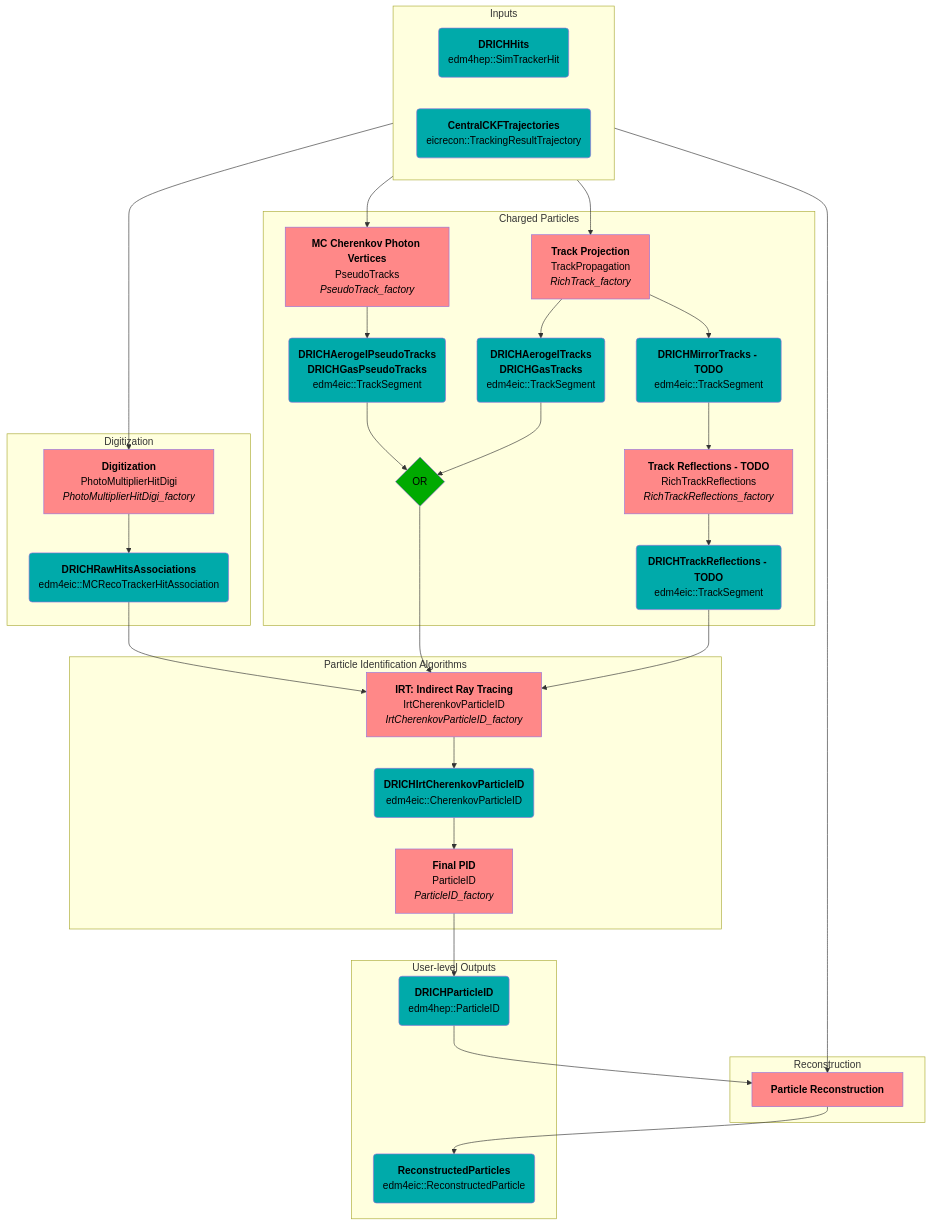
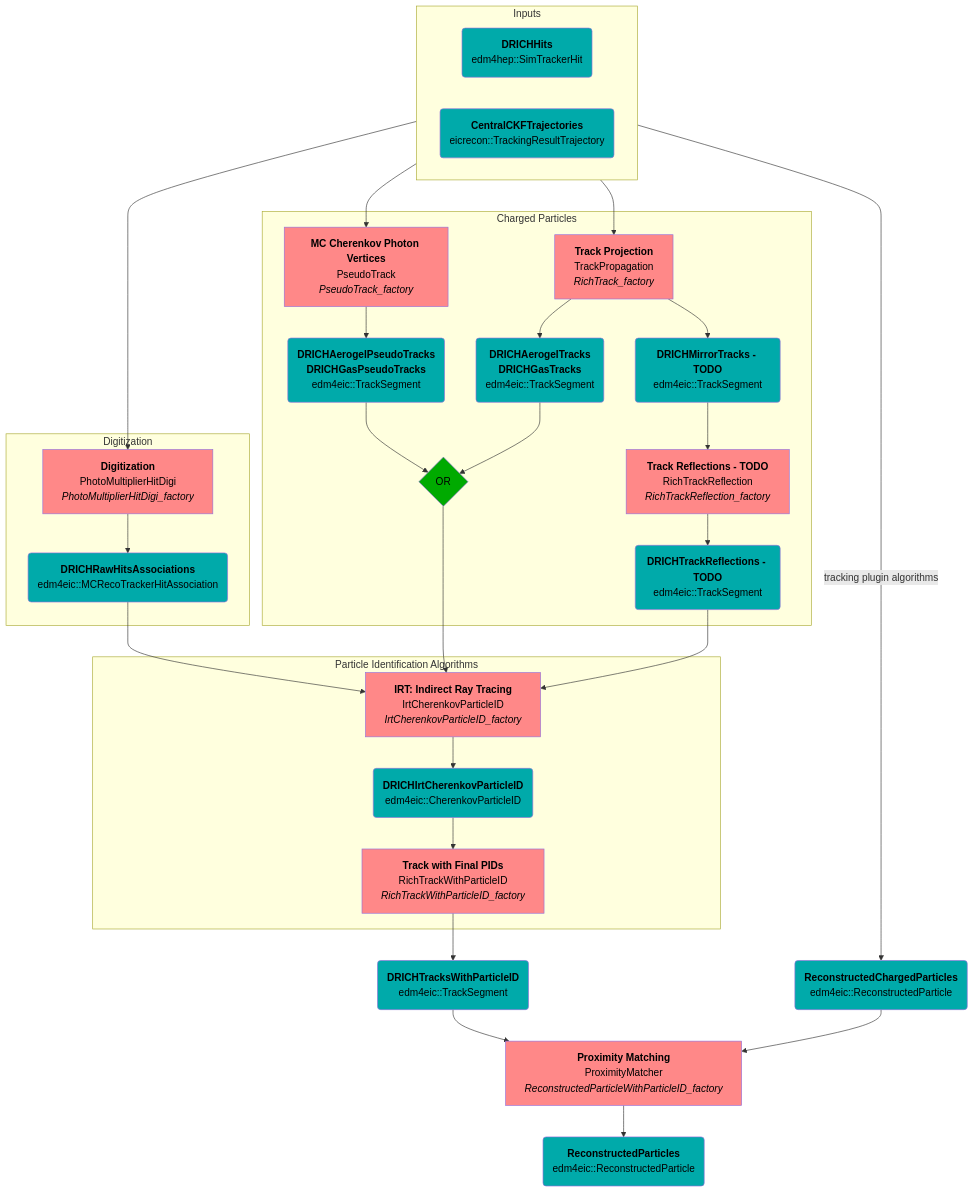
One commit to eic/EICrecon changed the second of 5 diagrams in src/detectors/DRICH/README.md. Above: the diagram before and after it, drawn with Mermaid. The commit also changed other lines of this file, not shown here.

Commit message:
doc: add `ReconstructedParticle` linking

````diff
--- a/src/detectors/DRICH/README.md
+++ b/src/detectors/DRICH/README.md
@@ -15,82 +15,79 @@
 ```mermaid
 flowchart TB
   classDef alg fill:#ff8888,color:black
   classDef col fill:#00aaaa,color:black
   classDef op fill:#00aa00,color:black
 
   %%-----------------
   %% Nodes
   %%-----------------
 
   subgraph Inputs
     direction LR
     SimHits(<strong>DRICHHits</strong><br/>edm4hep::SimTrackerHit):::col
     Trajectories(<strong>CentralCKFTrajectories</strong><br/>eicrecon::TrackingResultTrajectory):::col
   end
 
-  subgraph Reconstruction
-    ParticleAlg[<strong>Particle Reconstruction</strong>]:::alg
-  end
-
   subgraph Digitization
     DigiAlg[<strong>Digitization</strong><br/>PhotoMultiplierHitDigi<br><i>PhotoMultiplierHitDigi_factory</i>]:::alg
     RawHits(<strong>DRICHRawHitsAssociations</strong><br/>edm4eic::MCRecoTrackerHitAssociation):::col
   end
 
   subgraph Charged Particles
-    PseudoTracksAlg[<strong>MC Cherenkov Photon Vertices</strong><br/>PseudoTracks<br><i>PseudoTrack_factory</i>]:::alg
+    PseudoTracksAlg[<strong>MC Cherenkov Photon Vertices</strong><br/>PseudoTrack<br><i>PseudoTrack_factory</i>]:::alg
     PseudoTracks(<strong>DRICHAerogelPseudoTracks</strong><br/><strong>DRICHGasPseudoTracks</strong><br/>edm4eic::TrackSegment):::col
 
     PropagatorAlg[<strong>Track Projection</strong><br/>TrackPropagation<br><i>RichTrack_factory</i>]:::alg
     Tracks(<strong>DRICHAerogelTracks</strong><br/><strong>DRICHGasTracks</strong><br/>edm4eic::TrackSegment):::col
     MirrorTracks(<strong>DRICHMirrorTracks - TODO</strong><br/>edm4eic::TrackSegment):::col
 
     TrackOR{OR}:::op
 
-    ReflectionsAlg[<strong>Track Reflections - TODO</strong><br/>RichTrackReflections<br><i>RichTrackReflections_factory</i>]:::alg
+    ReflectionsAlg[<strong>Track Reflections - TODO</strong><br/>RichTrackReflection<br><i>RichTrackReflection_factory</i>]:::alg
     Reflections(<strong>DRICHTrackReflections - TODO</strong><br/>edm4eic::TrackSegment):::col
   end
 
   subgraph Particle Identification Algorithms
     IRT[<strong>IRT: Indirect Ray Tracing</strong><br/>IrtCherenkovParticleID<br><i>IrtCherenkovParticleID_factory</i>]:::alg
     IRTPID(<strong>DRICHIrtCherenkovParticleID</strong><br/>edm4eic::CherenkovParticleID):::col
-    Final[<strong>Final PID</strong><br/>ParticleID<br><i>ParticleID_factory</i>]:::alg
+    TrackPIDAlg[<strong>Track with Final PIDs</strong><br/>RichTrackWithParticleID<br><i>RichTrackWithParticleID_factory</i>]:::alg
   end
 
-  subgraph User-level Outputs
-    FinalPID(<strong>DRICHParticleID</strong><br/>edm4hep::ParticleID):::col
-    ReconstructedParticles(<strong>ReconstructedParticles</strong><br/>edm4eic::ReconstructedParticle):::col
-  end
+  TrackPID(<strong>DRICHTracksWithParticleID</strong><br/>edm4eic::TrackSegment):::col
+  ProxMatch[<strong>Proximity Matching</strong><br/>ProximityMatcher<br><i>ReconstructedParticleWithParticleID_factory</i>]:::alg
+  ReconstructedChargedParticles(<strong>ReconstructedChargedParticles</strong><br/>edm4eic::ReconstructedParticle):::col
+  ReconstructedParticles(<strong>ReconstructedParticles</strong><br/>edm4eic::ReconstructedParticle):::col
 
   %%-----------------
   %% Edges
   %%-----------------
 
   %% digitization
   SimHits --> DigiAlg
   DigiAlg --> RawHits
 
   %% tracking
   SimHits --> PseudoTracksAlg
   PseudoTracksAlg --> PseudoTracks
   Trajectories --> PropagatorAlg
   PropagatorAlg --> Tracks
   PropagatorAlg --> MirrorTracks
   PseudoTracks --> TrackOR
   Tracks --> TrackOR
   MirrorTracks --> ReflectionsAlg
   ReflectionsAlg --> Reflections
 
   %% PID
   RawHits --> IRT
   TrackOR --> IRT
   Reflections --> IRT
   IRT --> IRTPID
-  IRTPID --> Final
-  Final --> FinalPID
+  IRTPID --> TrackPIDAlg
+  TrackPIDAlg --> TrackPID
 
   %% linking
-  Trajectories --> ParticleAlg
-  FinalPID --> ParticleAlg
-  ParticleAlg --> ReconstructedParticles
+  Trajectories -- tracking plugin algorithms --> ReconstructedChargedParticles
+  TrackPID --> ProxMatch
+  ReconstructedChargedParticles --> ProxMatch
+  ProxMatch --> ReconstructedParticles
 ```
````
